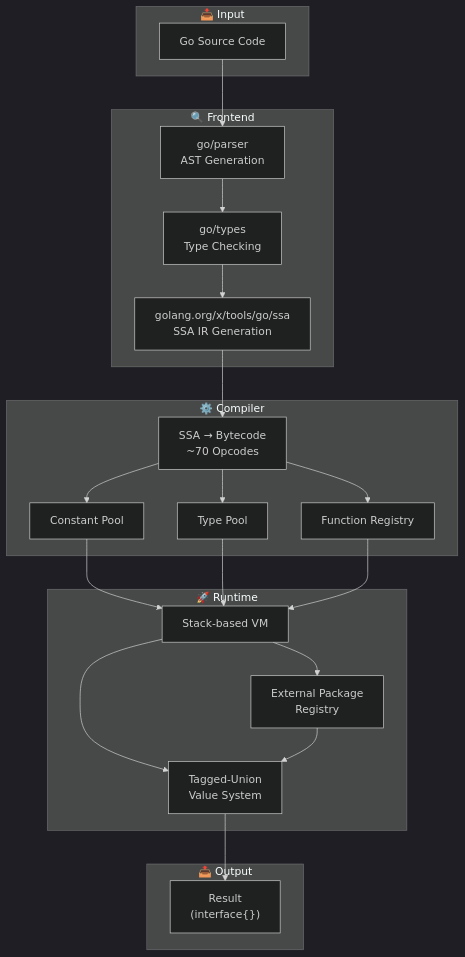
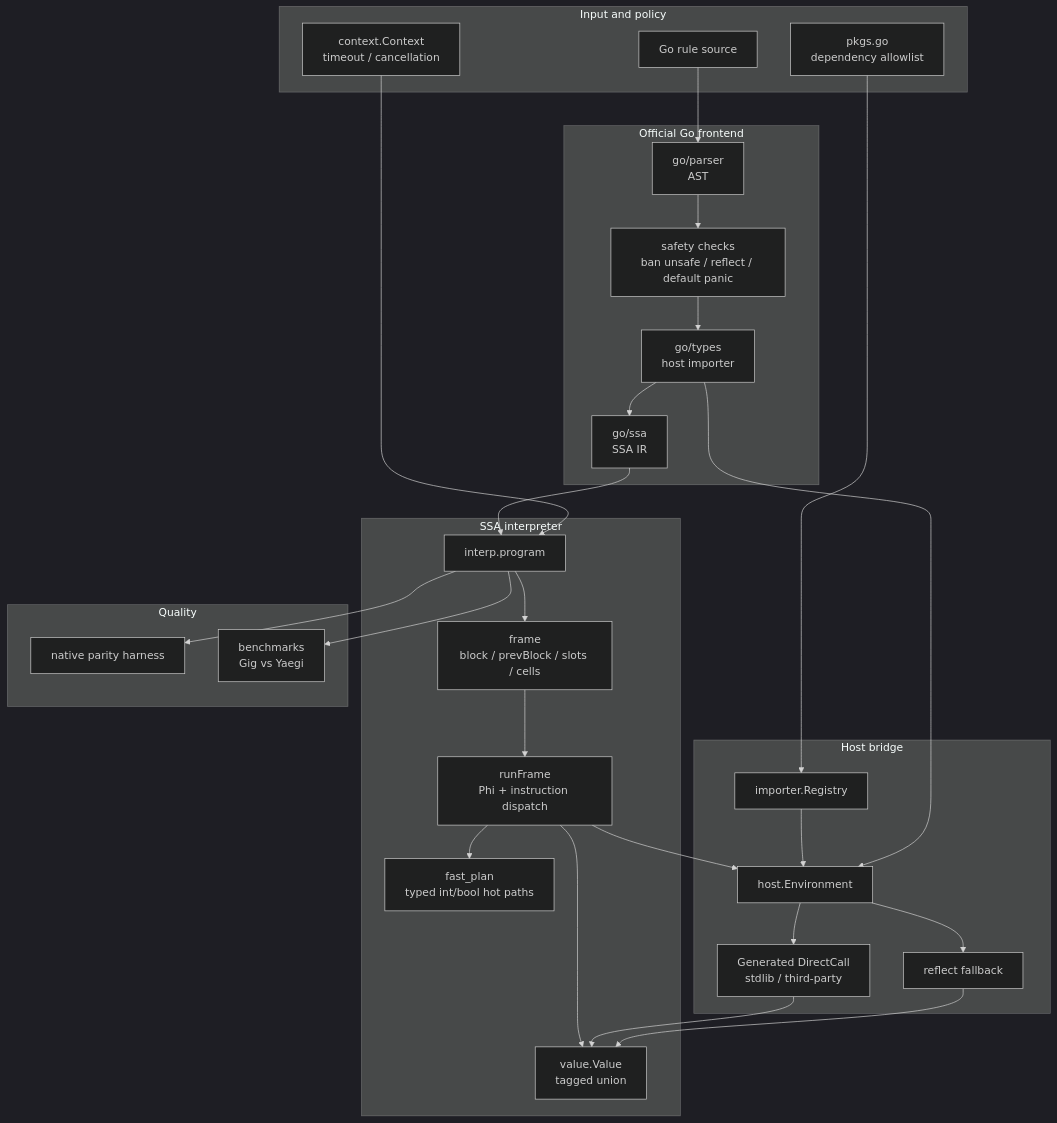
Before and after one commit to t04dJ14n9/gig: the diagram in README.md, drawn with Mermaid (dark theme). The commit also changed other lines of this file, not shown here.

Commit message:
docs: refresh English README for SSA interpreter

````diff
--- a/README.md
+++ b/README.md
@@ -364,44 +256,54 @@
 ```mermaid
 flowchart TB
-    subgraph Input["📥 Input"]
-        SRC["Go Source Code"]
+    subgraph Input["Input and policy"]
+        SRC["Go rule source"]
+        CTX["context.Context<br/>timeout / cancellation"]
+        PKGS["pkgs.go<br/>dependency allowlist"]
     end
 
-    subgraph Frontend["🔍 Frontend"]
-        PARSER["go/parser<br/>AST Generation"]
-        TYPECHECK["go/types<br/>Type Checking"]
-        SSA["golang.org/x/tools/go/ssa<br/>SSA IR Generation"]
+    subgraph Frontend["Official Go frontend"]
+        PARSER["go/parser<br/>AST"]
+        SAFETY["safety checks<br/>ban unsafe / reflect / default panic"]
+        TYPECHECK["go/types<br/>host importer"]
+        SSA["go/ssa<br/>SSA IR"]
     end
 
-    subgraph Compiler["⚙️ Compiler"]
-        COMP["SSA → Bytecode<br/>~70 Opcodes"]
-        CONST["Constant Pool"]
-        TYPES["Type Pool"]
-        FUNCS["Function Registry"]
+    subgraph Interpreter["SSA interpreter"]
+        ENGINE["interp.program"]
+        FRAME["frame<br/>block / prevBlock / slots / cells"]
+        DISPATCH["runFrame<br/>Phi + instruction dispatch"]
+        FAST["fast_plan<br/>typed int/bool hot paths"]
+        VALUE["value.Value<br/>tagged union"]
     end
 
-    subgraph Runtime["🚀 Runtime"]
-        VM["Stack-based VM"]
-        VALUE["Tagged-Union<br/>Value System"]
-        EXT["External Package<br/>Registry"]
+    subgraph Host["Host bridge"]
+        REG["importer.Registry"]
+        ENV["host.Environment"]
+        DIRECT["Generated DirectCall<br/>stdlib / third-party"]
+        REFLECT["reflect fallback"]
     end
 
-    subgraph Output["📤 Output"]
-        RESULT["Result<br/>(interface{})"]
+    subgraph Quality["Quality"]
+        TEST["native parity harness"]
+        BENCH["benchmarks<br/>Gig vs Yaegi"]
     end
 
     SRC --> PARSER
-    PARSER --> TYPECHECK
+    PARSER --> SAFETY
+    SAFETY --> TYPECHECK
     TYPECHECK --> SSA
-    SSA --> COMP
-    COMP --> CONST
-    COMP --> TYPES
-    COMP --> FUNCS
-    CONST --> VM
-    TYPES --> VM
-    FUNCS --> VM
-    VM --> VALUE
-    VM --> EXT
-    EXT --> VALUE
-    VALUE --> RESULT
+    SSA --> ENGINE --> FRAME --> DISPATCH
+    DISPATCH --> FAST
+    DISPATCH --> VALUE
+    CTX --> ENGINE
+
+    PKGS --> REG
+    REG --> ENV
+    TYPECHECK --> ENV
+    DISPATCH --> ENV
+    ENV --> DIRECT --> VALUE
+    ENV --> REFLECT --> VALUE
+
+    ENGINE --> TEST
+    ENGINE --> BENCH
 ```
````
